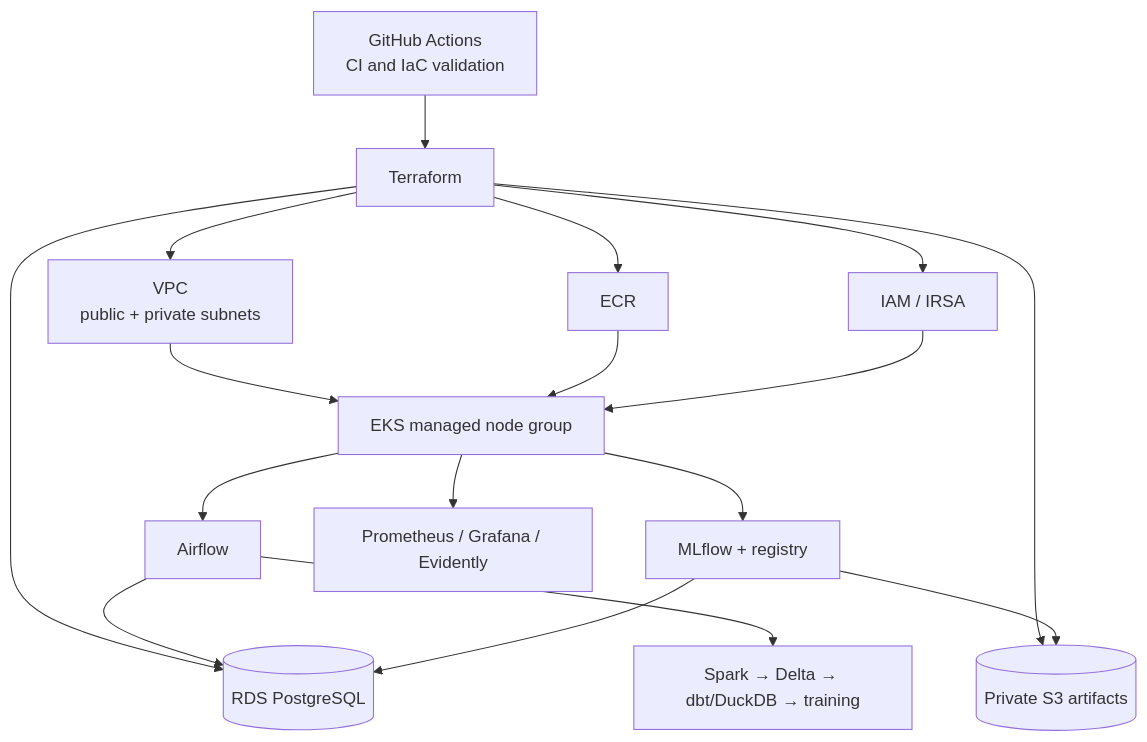
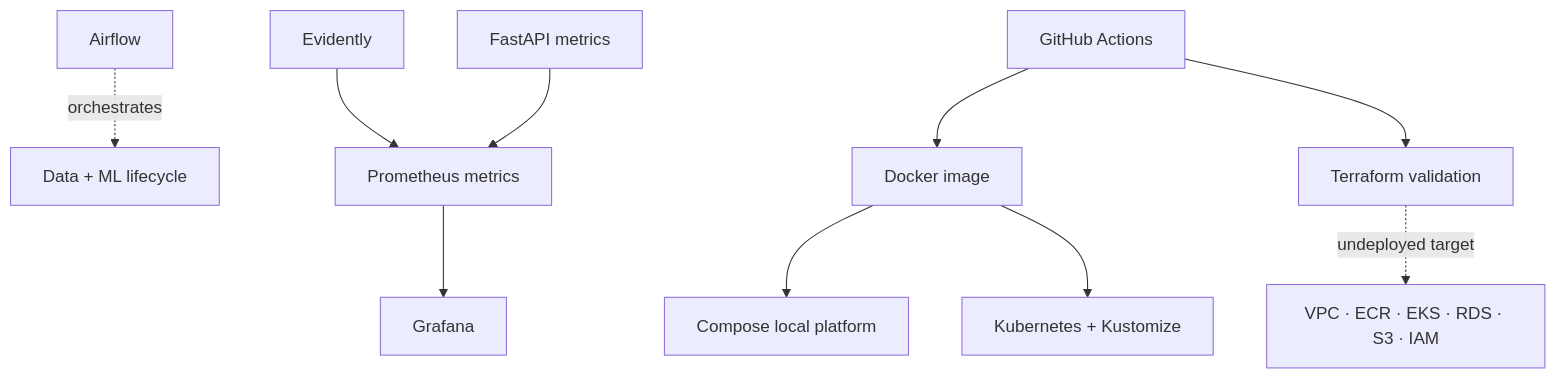
One commit to CerenDc/mlops-customer-churn-platform changed the second of 2 diagrams in README.md. Above: the diagram before and after it, drawn with Mermaid. The commit also changed other lines of this file and 20 other files, not shown here.

````diff
--- a/README.md
+++ b/README.md
@@ -492,19 +46,12 @@
 ```mermaid
-flowchart TD
-    GH[GitHub Actions<br/>CI and IaC validation] --> TF[Terraform]
-    TF --> VPC[VPC<br/>public + private subnets]
-    TF --> ECR[ECR]
-    TF --> RDS[(RDS PostgreSQL)]
-    TF --> S3[(Private S3 artifacts)]
-    TF --> IAM[IAM / IRSA]
-    VPC --> EKS[EKS managed node group]
-    ECR --> EKS
-    IAM --> EKS
-    EKS --> A[Airflow]
-    EKS --> M[MLflow + registry]
-    EKS --> O[Prometheus / Grafana / Evidently]
-    A --> RDS
-    M --> RDS
-    M --> S3
-    A --> P[Spark → Delta → dbt/DuckDB → training]
+flowchart TB
+    AF[Airflow] -. orchestrates .-> PIPE[Data + ML lifecycle]
+    EV[Evidently] --> PM[Prometheus metrics]
+    API[FastAPI metrics] --> PM
+    PM --> GR[Grafana]
+    DK[Docker image] --> CP[Compose local platform]
+    DK --> K8S[Kubernetes + Kustomize]
+    CI[GitHub Actions] --> DK
+    CI --> TF[Terraform validation]
+    TF -. undeployed target .-> AWS[VPC · ECR · EKS · RDS · S3 · IAM]
 ```
````
